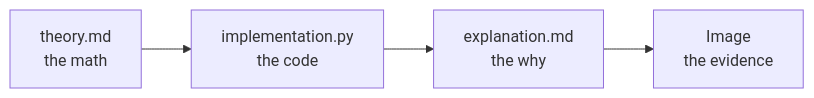
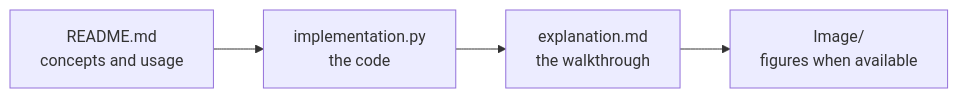
Before and after one commit to Ayush-2703/Large_languaage_Models: the first of 2 diagrams in README.md, drawn with Mermaid. The commit also changed other lines of this file, not shown here.

````diff
--- a/README.md
+++ b/README.md
@@ -66,6 +66,6 @@
 ```mermaid
 flowchart LR
-    A["theory.md<br/>the math"] --> B["implementation.py<br/>the code"]
-    B --> C["explanation.md<br/>the why"]
-    C --> D["Image<br/>the evidence"]
+    A["README.md<br/>concepts and usage"] --> B["implementation.py<br/>the code"]
+    B --> C["explanation.md<br/>the walkthrough"]
+    C --> D["Image/<br/>figures when available"]
 ```
````
